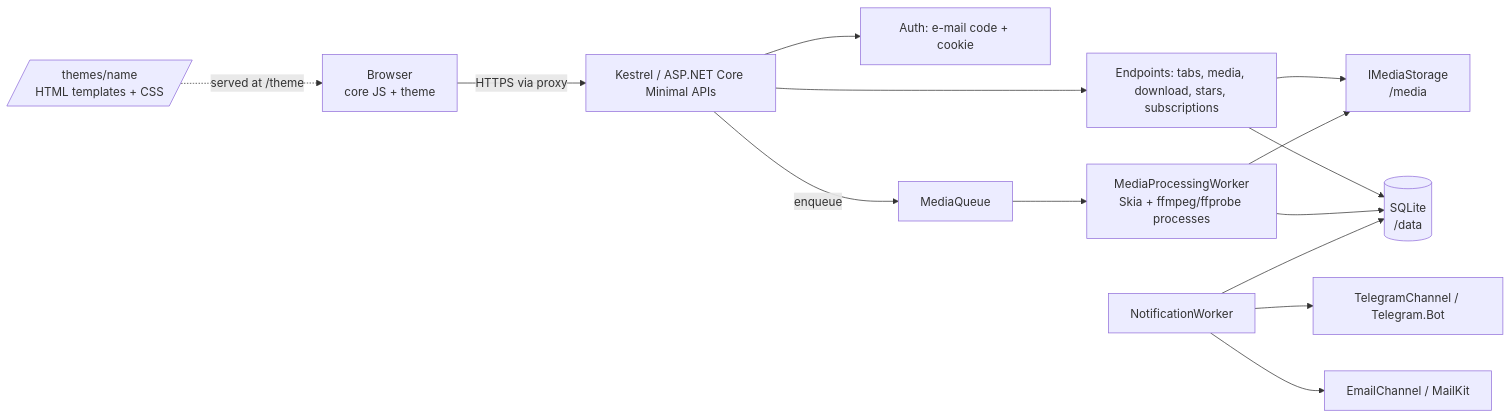
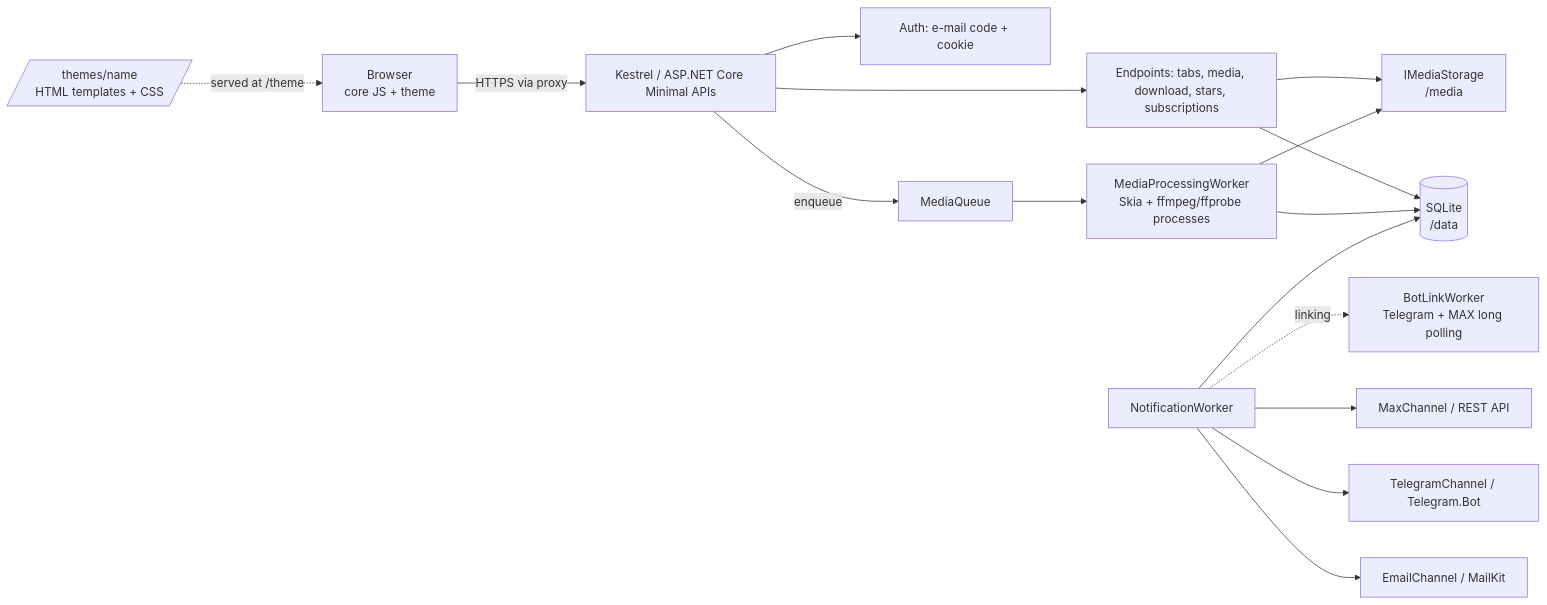
One commit to igolets/EventPix changed the first of 2 diagrams in docs/architecture.md. Above: the diagram before and after it, drawn with Mermaid. The commit also changed other lines of this file and 26 other files, not shown here.

First line of the commit message:
Add MAX messenger notifications alongside Telegram (#24)

````diff
--- a/docs/architecture.md
+++ b/docs/architecture.md
@@ -12,15 +12,17 @@
 ```mermaid
 flowchart LR
   B[Browser<br/>core JS + theme] -->|HTTPS via proxy| K[Kestrel / ASP.NET Core Minimal APIs]
   K --> A[Auth: e-mail code + cookie]
   K --> E[Endpoints: tabs, media, download, stars, subscriptions]
   E --> DB[(SQLite<br/>/data)]
   E --> S[IMediaStorage<br/>/media]
   K -->|enqueue| Q[MediaQueue] --> W[MediaProcessingWorker<br/>Skia + ffmpeg/ffprobe processes]
   W --> S
   W --> DB
   N[NotificationWorker] --> DB
   N --> C1[EmailChannel / MailKit]
   N --> C2[TelegramChannel / Telegram.Bot]
+  N --> C3[MaxChannel / REST API]
+  N -. linking .-> GW[BotLinkWorker<br/>Telegram + MAX long polling]
   T[/themes/name<br/>HTML templates + CSS/] -. served at /theme .-> B
 ```
````
